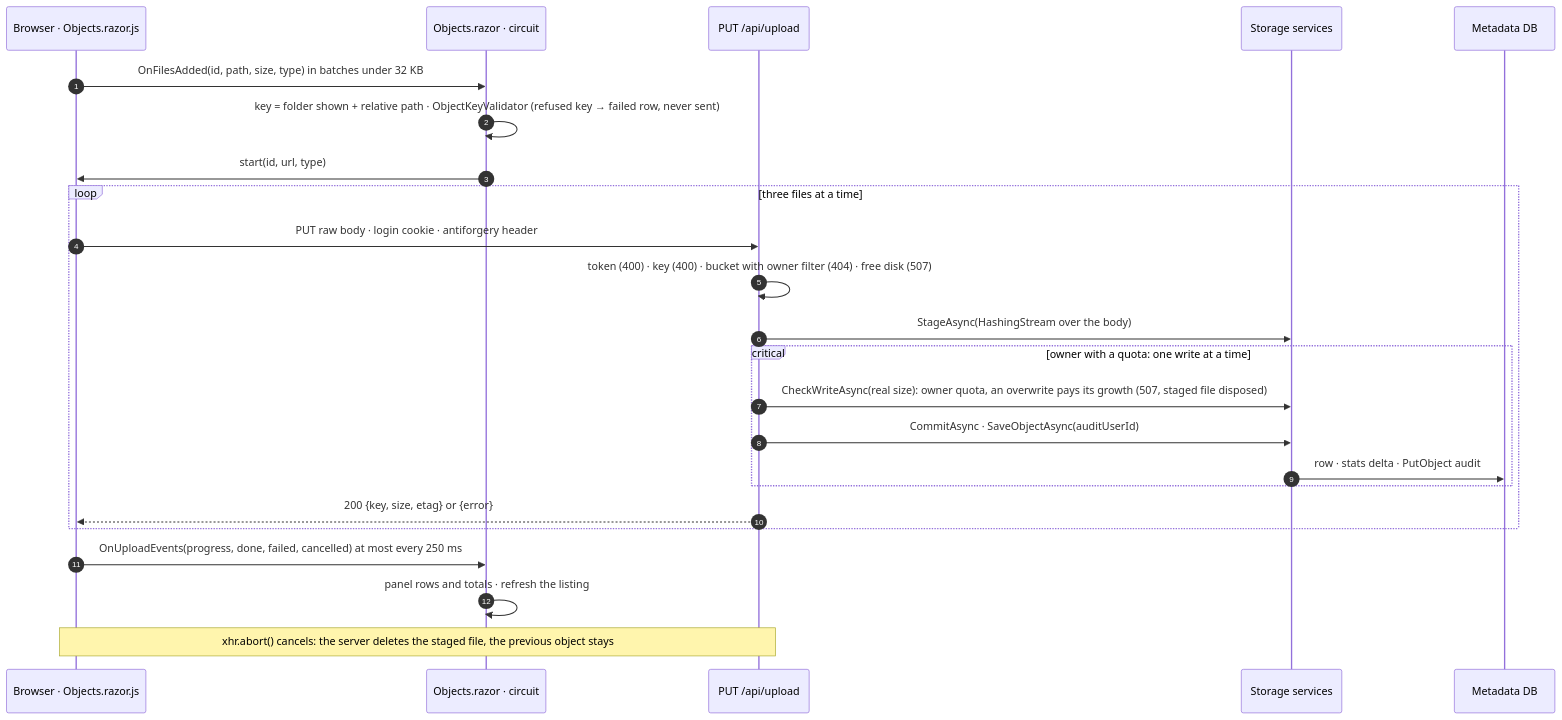
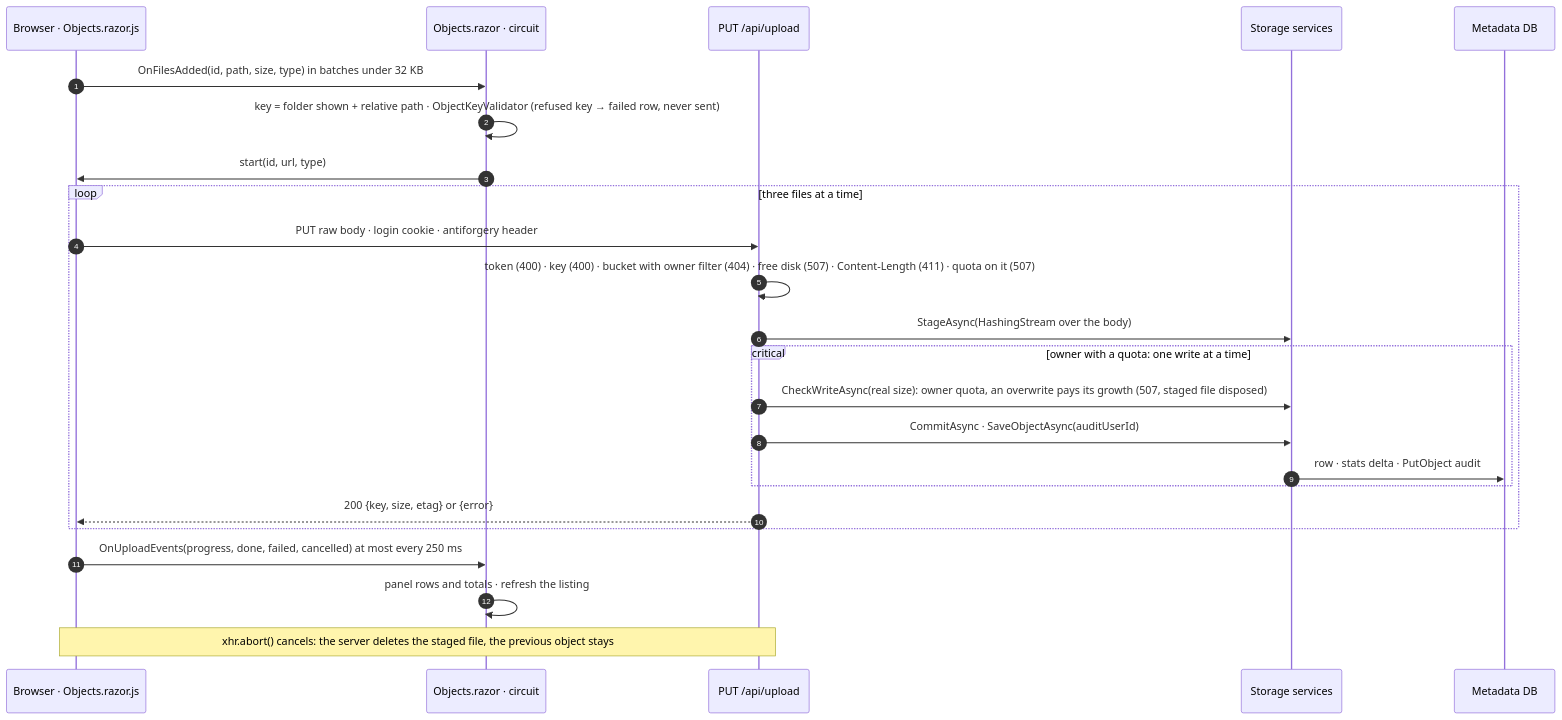
One commit to centrolabs/ObjeX changed the seventh of 7 diagrams in docs/architecture.md. Above: the diagram before and after it, drawn with Mermaid. The commit also changed other lines of this file and 5 other files, not shown here.

````diff
--- a/docs/architecture.md
+++ b/docs/architecture.md
@@ -361,27 +361,27 @@
 ```mermaid
 sequenceDiagram
   autonumber
   participant B as Browser · Objects.razor.js
   participant P as Objects.razor · circuit
   participant U as PUT /api/upload
   participant S as Storage services
   participant DB as Metadata DB
 
   B->>P: OnFilesAdded(id, path, size, type) in batches under 32 KB
   P->>P: key = folder shown + relative path · ObjectKeyValidator (refused key → failed row, never sent)
   P->>B: start(id, url, type)
   loop three files at a time
     B->>U: PUT raw body · login cookie · antiforgery header
-    U->>U: token (400) · key (400) · bucket with owner filter (404) · free disk (507)
+    U->>U: token (400) · key (400) · bucket with owner filter (404) · free disk (507) · Content-Length (411) · quota on it (507)
     U->>S: StageAsync(HashingStream over the body)
     critical owner with a quota: one write at a time
       U->>S: CheckWriteAsync(real size): owner quota, an overwrite pays its growth (507, staged file disposed)
       U->>S: CommitAsync · SaveObjectAsync(auditUserId)
       S->>DB: row · stats delta · PutObject audit
     end
     U-->>B: 200 {key, size, etag} or {error}
   end
   B->>P: OnUploadEvents(progress, done, failed, cancelled) at most every 250 ms
   P->>P: panel rows and totals · refresh the listing
   Note over B,U: xhr.abort() cancels: the server deletes the staged file, the previous object stays
 ```
````
